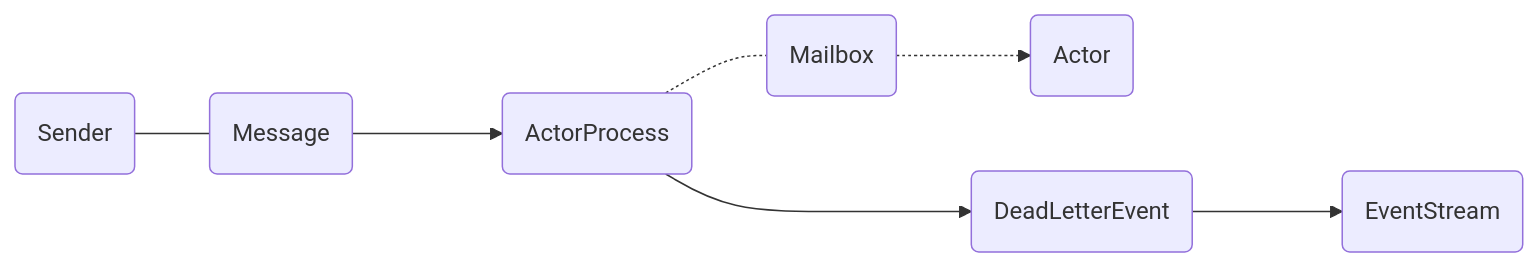
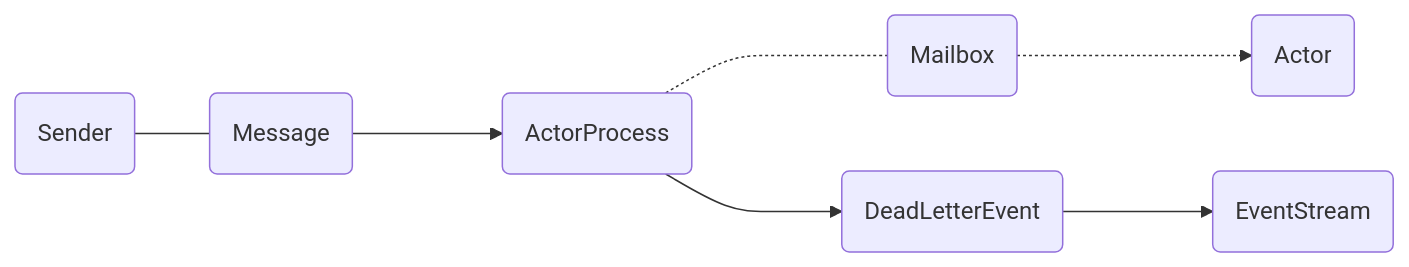
The diagram in hugo/content/docs/deadletter.md (asynkron/protoactor-website), drawn with Mermaid before and after one commit.

````diff
--- a/hugo/content/docs/deadletter.md
+++ b/hugo/content/docs/deadletter.md
@@ -27,23 +27,23 @@
 ```mermaid
     graph LR
     sender(Sender)
     class sender blue
     actor(Actor)
     class actor gray
     dl(DeadLetterEvent)
     class dl message
     message(Message)
     class message message
     mailbox(Mailbox)
     class mailbox gray
     process(ActorProcess)
     class process light-blue
     es(EventStream)
     class es blue
 
 
-    sender---message--->process-.-mailbox-.->actor
+    sender---message--->process-..-mailbox-..->actor
     process--->dl--->es
 
 
 ```
````
